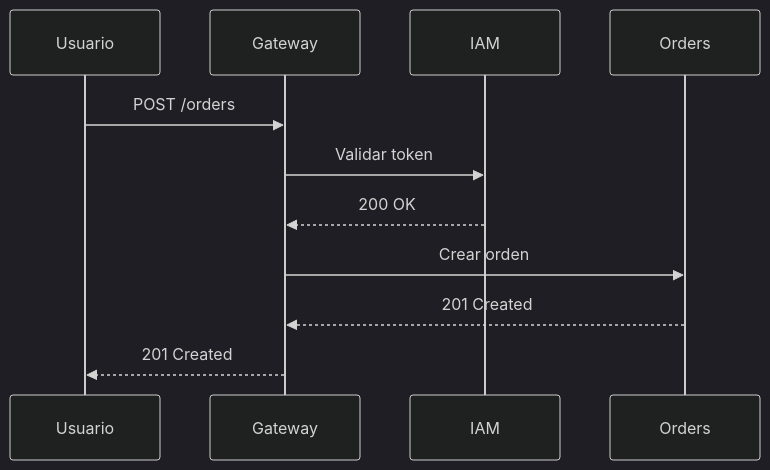
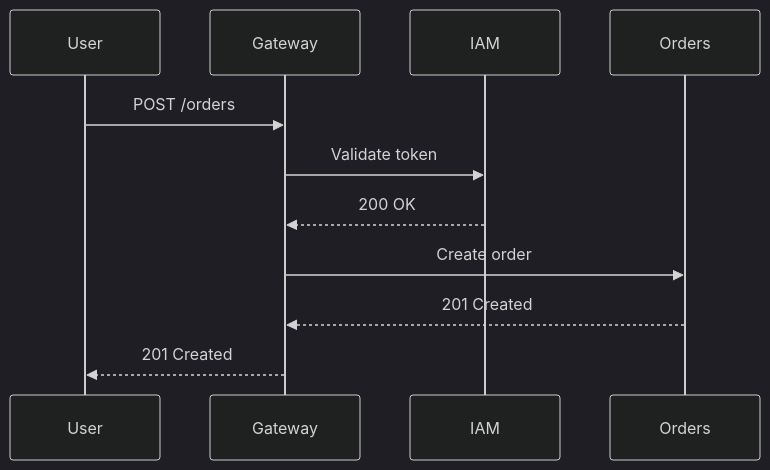
Before and after one commit to jesusarielgb-works/microservices-governance-framework: the second of 2 diagrams in 08-uml/README.md, drawn with Mermaid (dark theme). The commit also changed other lines of this file and 83 other files, not shown here.

First line of the commit message:
docs: translate all content to English + add SVG diagrams

````diff
--- a/08-uml/README.md
+++ b/08-uml/README.md
@@ -52,9 +52,9 @@
 ```mermaid
 sequenceDiagram
-    Usuario->>Gateway: POST /orders
-    Gateway->>IAM: Validar token
+    User->>Gateway: POST /orders
+    Gateway->>IAM: Validate token
     IAM-->>Gateway: 200 OK
-    Gateway->>Orders: Crear orden
+    Gateway->>Orders: Create order
     Orders-->>Gateway: 201 Created
-    Gateway-->>Usuario: 201 Created
+    Gateway-->>User: 201 Created
 ```
````
